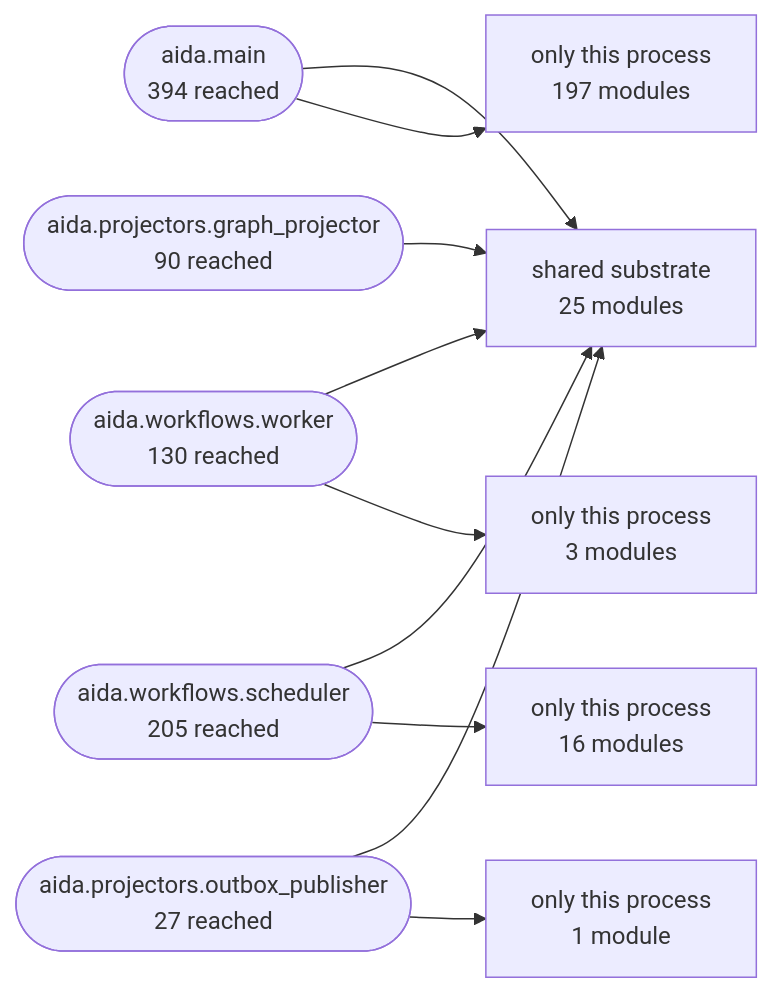
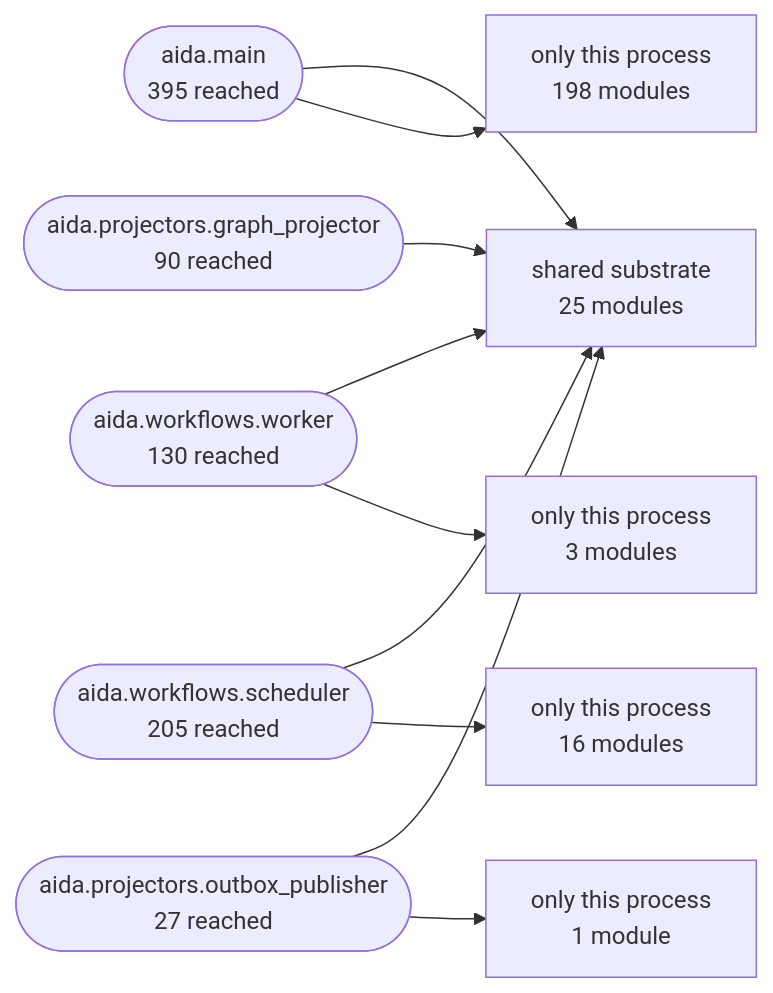
One commit to karuppusamym/AIDataAnalyst changed the second of 3 diagrams in Docs/10-architecture/14-generated-architecture-map.md. Above: the diagram before and after it, drawn with Mermaid. The commit also changed other lines of this file and 7 other files, not shown here.

````diff
--- a/Docs/10-architecture/14-generated-architecture-map.md
+++ b/Docs/10-architecture/14-generated-architecture-map.md
@@ -178,22 +178,22 @@
 ```mermaid
 graph LR
   shared["shared substrate<br/>25 modules"]
-  aida_main(["aida.main<br/>394 reached"])
+  aida_main(["aida.main<br/>395 reached"])
   aida_workflows_worker(["aida.workflows.worker<br/>130 reached"])
   aida_workflows_scheduler(["aida.workflows.scheduler<br/>205 reached"])
   aida_projectors_graph_projector(["aida.projectors.graph_projector<br/>90 reached"])
   aida_projectors_outbox_publisher(["aida.projectors.outbox_publisher<br/>27 reached"])
   aida_main --> shared
-  only_aida_main["only this process<br/>197 modules"]
+  only_aida_main["only this process<br/>198 modules"]
   aida_main --> only_aida_main
   aida_workflows_worker --> shared
   only_aida_workflows_worker["only this process<br/>3 modules"]
   aida_workflows_worker --> only_aida_workflows_worker
   aida_workflows_scheduler --> shared
   only_aida_workflows_scheduler["only this process<br/>16 modules"]
   aida_workflows_scheduler --> only_aida_workflows_scheduler
   aida_projectors_graph_projector --> shared
   aida_projectors_outbox_publisher --> shared
   only_aida_projectors_outbox_publisher["only this process<br/>1 module"]
   aida_projectors_outbox_publisher --> only_aida_projectors_outbox_publisher
 ```
````
